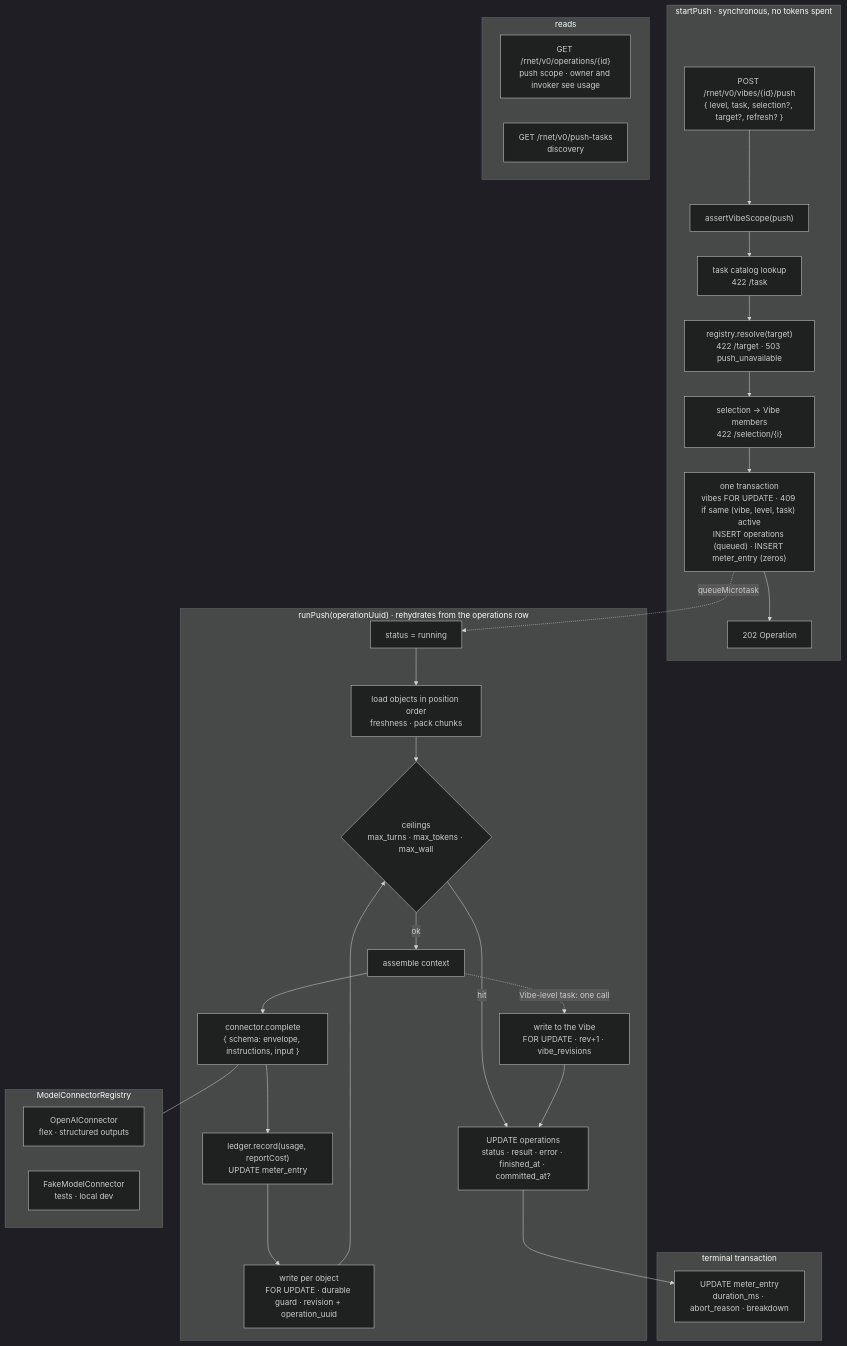
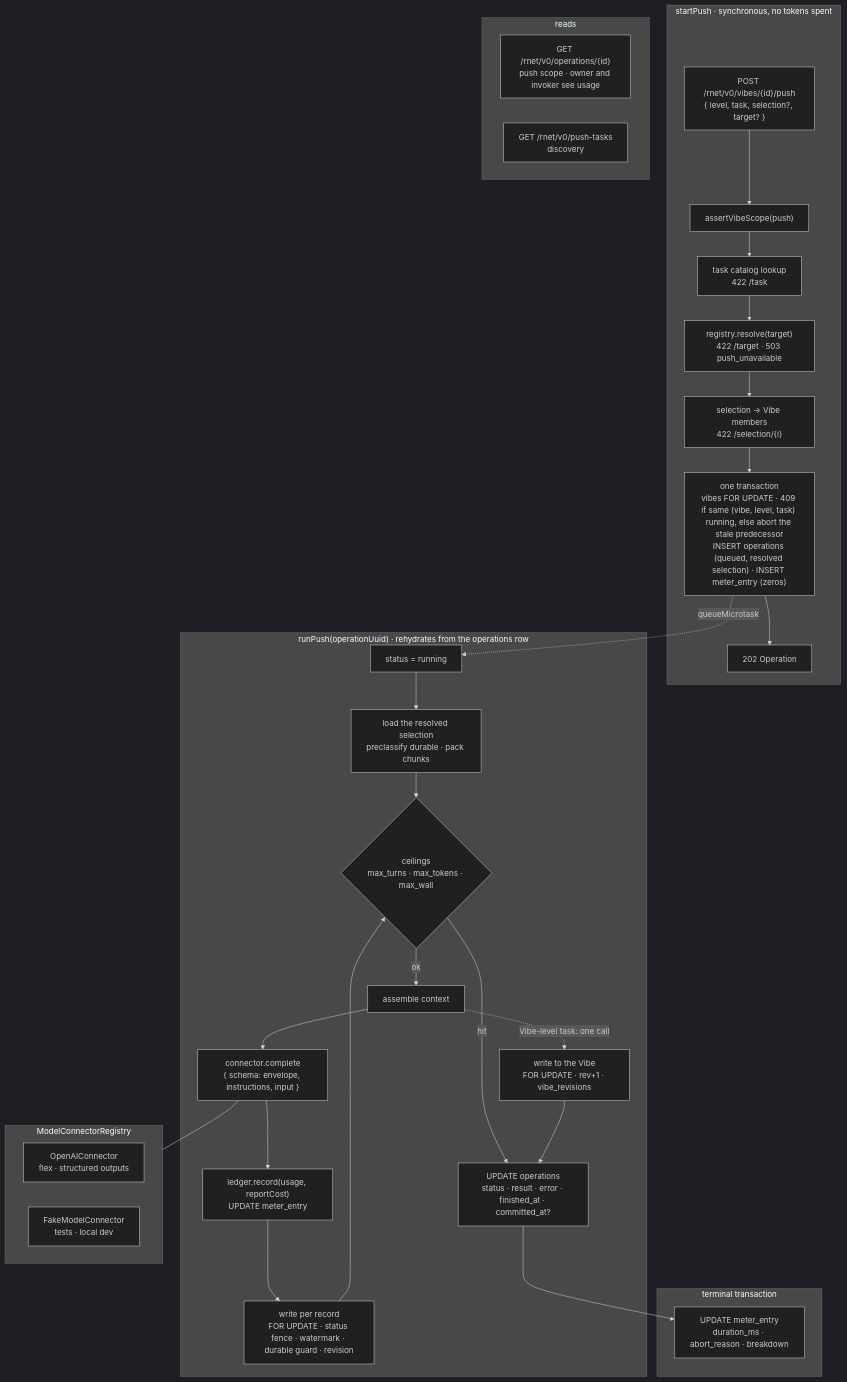
The diagram in impl/concepts/push-pipeline.md (2DM-technologies/rhizome), drawn with Mermaid (dark theme) before and after one commit. The commit also changed other lines of this file, not shown here.

First line of the commit message:
docs(impl): push pipeline after external review

````diff
--- a/impl/concepts/push-pipeline.md
+++ b/impl/concepts/push-pipeline.md
@@ -53,41 +53,41 @@
 ```mermaid
 flowchart TD
   subgraph accept["startPush · synchronous, no tokens spent"]
-    A1["POST /rnet/v0/vibes/{id}/push<br/>{ level, task, selection?, target?, refresh? }"] --> A2["assertVibeScope(push)"]
+    A1["POST /rnet/v0/vibes/{id}/push<br/>{ level, task, selection?, target? }"] --> A2["assertVibeScope(push)"]
     A2 --> A3["task catalog lookup<br/>422 /task"]
     A3 --> A4["registry.resolve(target)<br/>422 /target · 503 push_unavailable"]
     A4 --> A6["selection → Vibe members<br/>422 /selection/{i}"]
-    A6 --> A7["one transaction<br/>vibes FOR UPDATE · 409 if same (vibe, level, task) active<br/>INSERT operations (queued) · INSERT meter_entry (zeros)"]
+    A6 --> A7["one transaction<br/>vibes FOR UPDATE · 409 if same (vibe, level, task) running, else abort the stale predecessor<br/>INSERT operations (queued, resolved selection) · INSERT meter_entry (zeros)"]
     A7 --> A8["202 Operation"]
   end
 
   A7 -. queueMicrotask .-> R1
 
   subgraph run["runPush(operationUuid) · rehydrates from the operations row"]
-    R1["status = running"] --> R2["load objects in position order<br/>freshness · pack chunks"]
+    R1["status = running"] --> R2["load the resolved selection<br/>preclassify durable · pack chunks"]
     R2 --> R3{"ceilings<br/>max_turns · max_tokens · max_wall"}
     R3 -- hit --> F1
     R3 -- ok --> R4["assemble context"]
     R4 --> R5["connector.complete<br/>{ schema: envelope, instructions, input }"]
     R5 --> R6["ledger.record(usage, reportCost)<br/>UPDATE meter_entry"]
-    R6 --> R7["write per object<br/>FOR UPDATE · durable guard · revision + operation_uuid"]
+    R6 --> R7["write per record<br/>FOR UPDATE · status fence · watermark · durable guard · revision"]
     R7 --> R3
     R4 -. Vibe-level task: one call .-> R8["write to the Vibe<br/>FOR UPDATE · rev+1 · vibe_revisions"]
     R8 --> F1
   end
 
   subgraph finalize["terminal transaction"]
     F1["UPDATE operations<br/>status · result · error · finished_at · committed_at?"] --> F2["UPDATE meter_entry<br/>duration_ms · abort_reason · breakdown"]
   end
 
   subgraph read["reads"]
     G1["GET /rnet/v0/operations/{id}<br/>push scope · owner and invoker see usage"]
     G2["GET /rnet/v0/push-tasks<br/>discovery"]
   end
 
   subgraph connectors["ModelConnectorRegistry"]
     C1["OpenAIConnector<br/>flex · structured outputs"]
     C2["FakeModelConnector<br/>tests · local dev"]
   end
   R5 --- connectors
 ```
````
